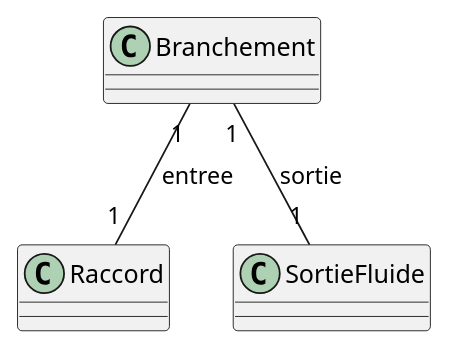
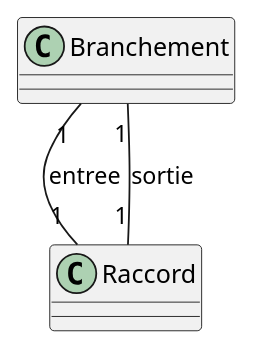
One commit to beerfactory/brewbox-uml changed the diagram in assoc/branchement_raccord.iuml. Above: the diagram before and after it, drawn with PlantUML. The commit also changed 1 other file, not shown here.

Commit message:
Suppression fluide

```diff
--- a/assoc/branchement_raccord.iuml
+++ b/assoc/branchement_raccord.iuml
@@ -1,2 +1,2 @@
 Branchement "1" -- "1" Raccord : entree
-Branchement "1" -- "1" SortieFluide : sortie
+Branchement "1" -- "1" Raccord : sortie
```
